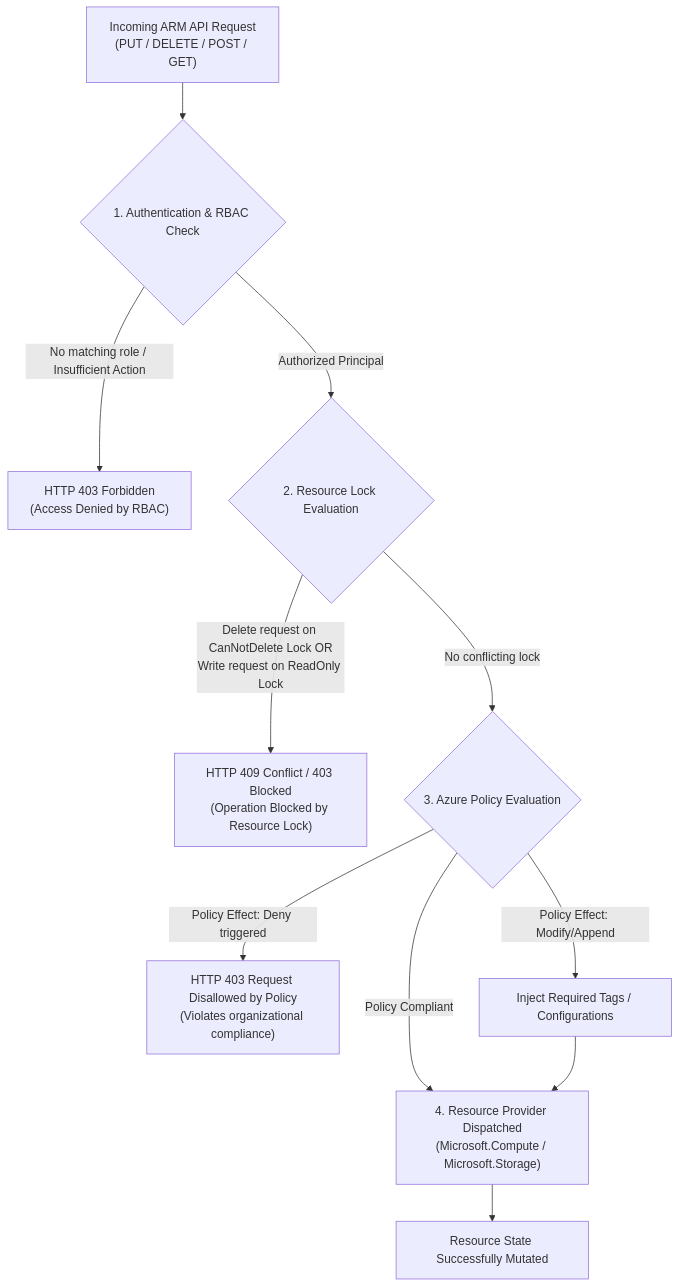
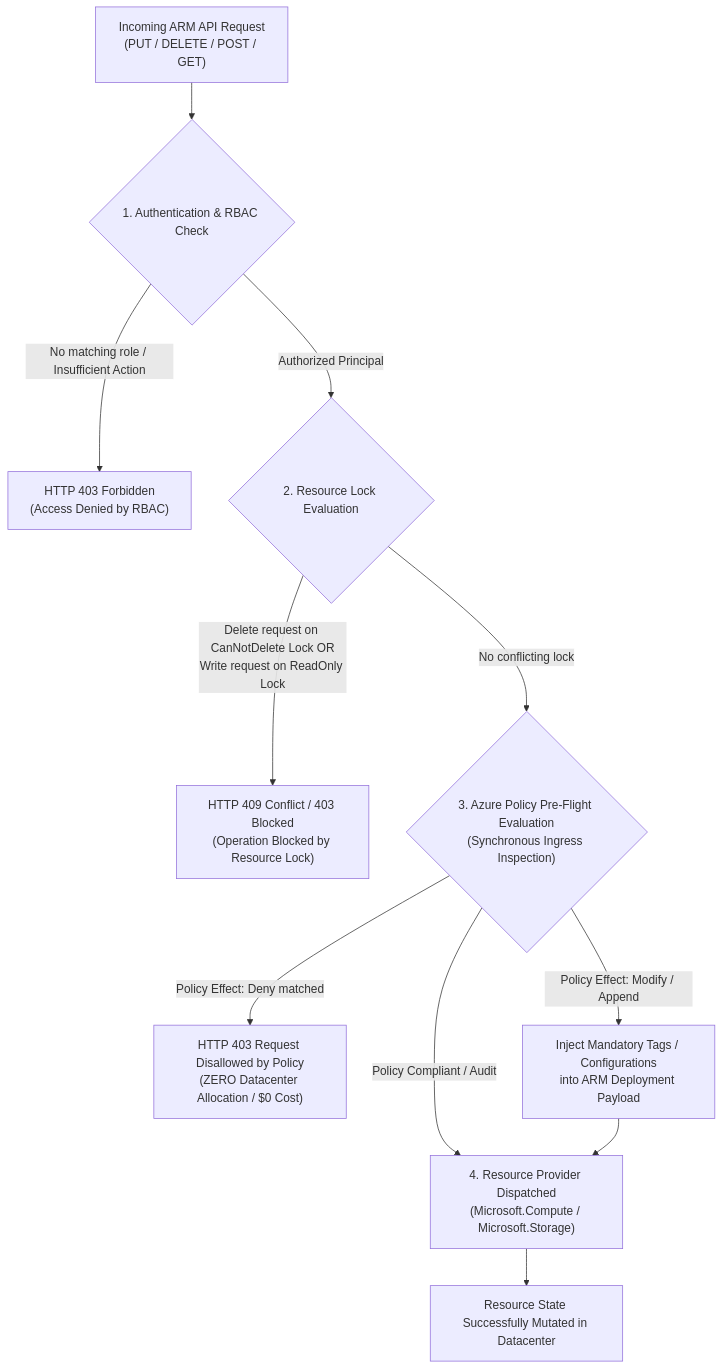
One commit to kmashour/BrainDump changed the first of 2 diagrams in Reference Notes/13-104-03_administer_governance_and_compliance.md. Above: the diagram before and after it, drawn with Mermaid. The commit also changed other lines of this file and 6 other files, not shown here.

Commit message:
feat(curriculum): complete operation concept expansion across core azure reference notes

````diff
--- a/Reference Notes/13-104-03_administer_governance_and_compliance.md
+++ b/Reference Notes/13-104-03_administer_governance_and_compliance.md
@@ -148,17 +202,17 @@
 ```mermaid
 flowchart TD
     Req["Incoming ARM API Request\n(PUT / DELETE / POST / GET)"] --> Step1{"1. Authentication & RBAC Check"}
     
     Step1 -- "No matching role / Insufficient Action" --> Deny403["HTTP 403 Forbidden\n(Access Denied by RBAC)"]
     Step1 -- "Authorized Principal" --> Step2{"2. Resource Lock Evaluation"}
     
     Step2 -- "Delete request on CanNotDelete Lock OR\nWrite request on ReadOnly Lock" --> LockBlock["HTTP 409 Conflict / 403 Blocked\n(Operation Blocked by Resource Lock)"]
-    Step2 -- "No conflicting lock" --> Step3{"3. Azure Policy Evaluation"}
+    Step2 -- "No conflicting lock" --> Step3{"3. Azure Policy Pre-Flight Evaluation\n(Synchronous Ingress Inspection)"}
     
-    Step3 -- "Policy Effect: Deny triggered" --> PolicyDeny["HTTP 403 Request Disallowed by Policy\n(Violates organizational compliance)"]
-    Step3 -- "Policy Effect: Modify/Append" --> Transform["Inject Required Tags / Configurations"]
-    Step3 -- "Policy Compliant" --> Step4["4. Resource Provider Dispatched\n(Microsoft.Compute / Microsoft.Storage)"]
+    Step3 -- "Policy Effect: Deny matched" --> PolicyDeny["HTTP 403 Request Disallowed by Policy\n(ZERO Datacenter Allocation / $0 Cost)"]
+    Step3 -- "Policy Effect: Modify / Append" --> Transform["Inject Mandatory Tags / Configurations\ninto ARM Deployment Payload"]
+    Step3 -- "Policy Compliant / Audit" --> Step4["4. Resource Provider Dispatched\n(Microsoft.Compute / Microsoft.Storage)"]
     
     Transform --> Step4
-    Step4 --> Complete["Resource State Successfully Mutated"]
+    Step4 --> Complete["Resource State Successfully Mutated in Datacenter"]
 ```
````
